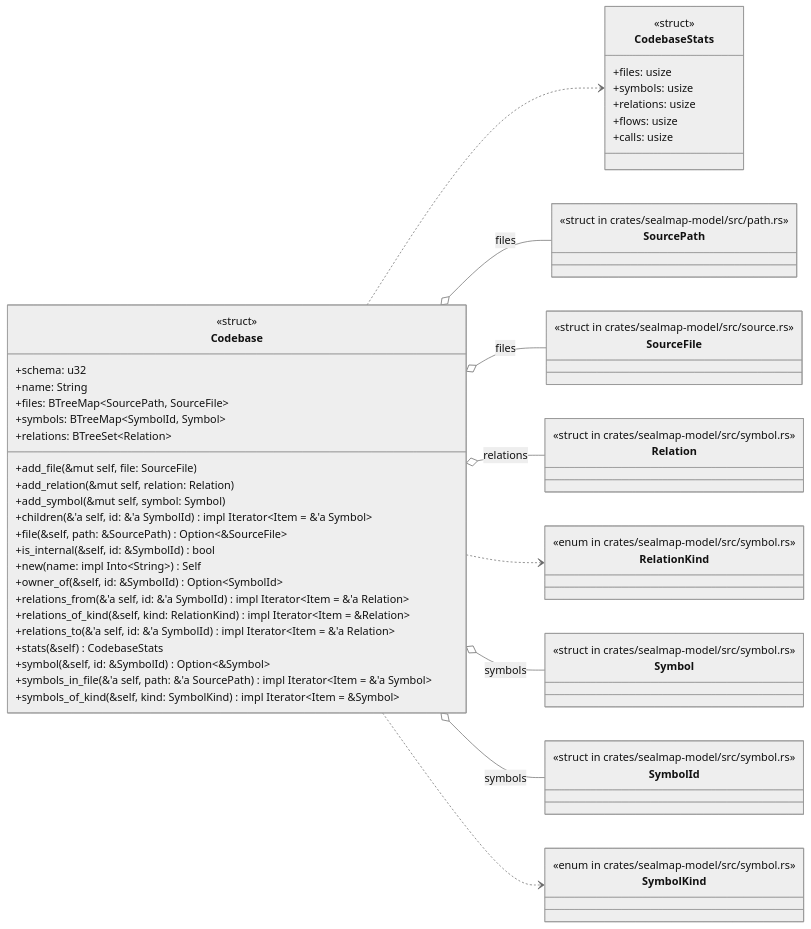
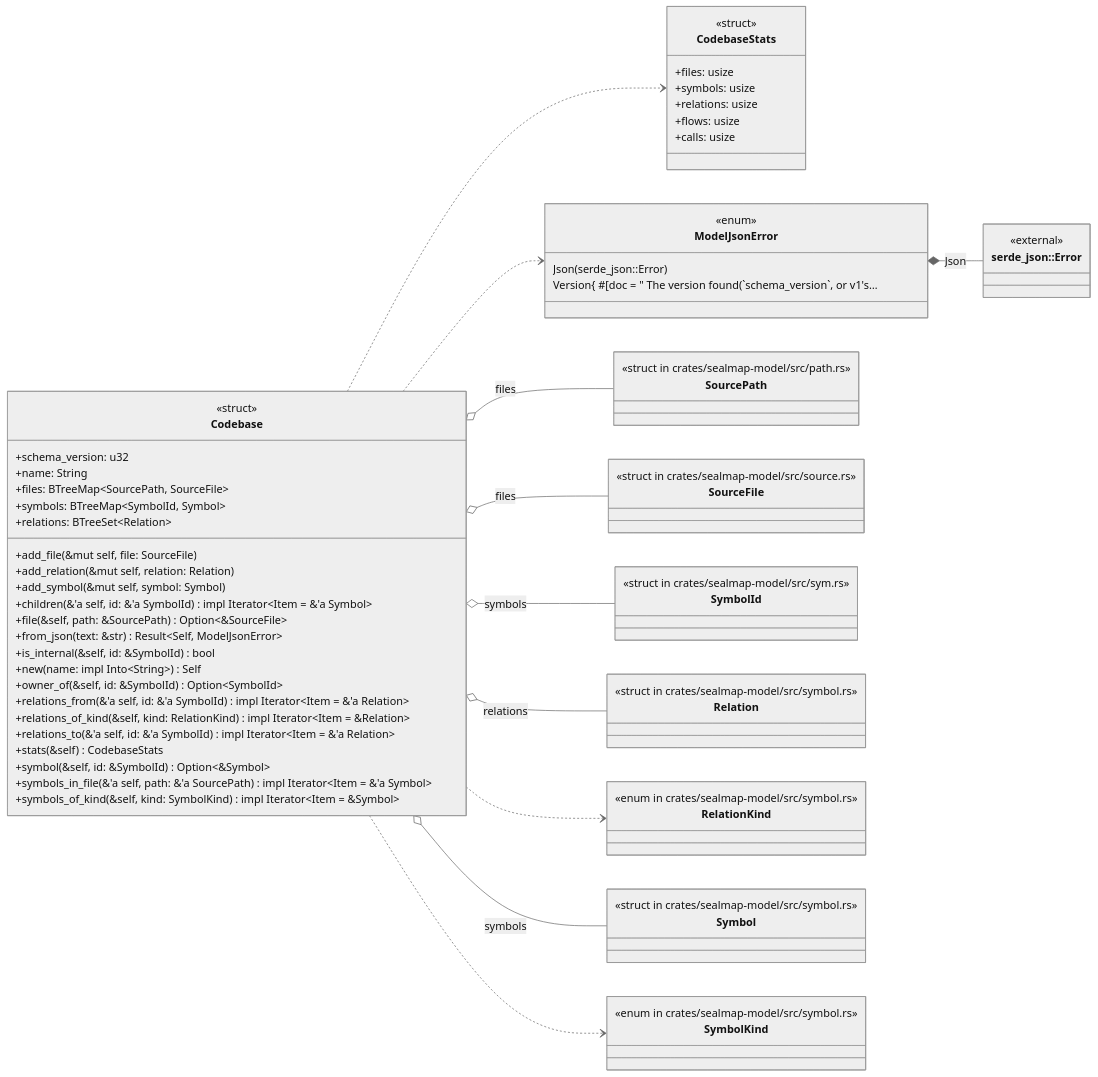
Before and after one commit to DreamLab-AI/codemaid: the first of 6 diagrams in docs/sealmap/crates/sealmap-model/src/codebase.rs.md, drawn with Mermaid (neutral theme). The commit also changed other lines of this file and 45 other files, not shown here.

First line of the commit message:
docs: regenerate the self-corpus for sym: ids and schema v2

````diff
--- a/docs/sealmap/crates/sealmap-model/src/codebase.rs.md
+++ b/docs/sealmap/crates/sealmap-model/src/codebase.rs.md
@@ -13,64 +13,75 @@
 ```mermaid
 classDiagram
   direction LR
-  class sealmap_model__codebase__Codebase["Codebase"] {
+  class sealmap_model__codebase___tCodebase["Codebase"] {
     <<struct>>
-    +schema: u32
+    +schema_version: u32
     +name: String
     +files: BTreeMap#lt;SourcePath, SourceFile#gt;
     +symbols: BTreeMap#lt;SymbolId, Symbol#gt;
     +relations: BTreeSet#lt;Relation#gt;
     +add_file(&mut self, file: SourceFile)
     +add_relation(&mut self, relation: Relation)
     +add_symbol(&mut self, symbol: Symbol)
     +children(&'a self, id: &'a SymbolId) impl Iterator#lt;Item = &'a Symbol#gt;
     +file(&self, path: &SourcePath) Option#lt;&SourceFile#gt;
+    +from_json(text: &str) Result#lt;Self, ModelJsonError#gt;
     +is_internal(&self, id: &SymbolId) bool
     +new(name: impl Into#lt;String#gt;) Self
     +owner_of(&self, id: &SymbolId) Option#lt;SymbolId#gt;
     +relations_from(&'a self, id: &'a SymbolId) impl Iterator#lt;Item = &'a Relation#gt;
     +relations_of_kind(&self, kind: RelationKind) impl Iterator#lt;Item = &Relation#gt;
     +relations_to(&'a self, id: &'a SymbolId) impl Iterator#lt;Item = &'a Relation#gt;
     +stats(&self) CodebaseStats
     +symbol(&self, id: &SymbolId) Option#lt;&Symbol#gt;
     +symbols_in_file(&'a self, path: &'a SourcePath) impl Iterator#lt;Item = &'a Symbol#gt;
     +symbols_of_kind(&self, kind: SymbolKind) impl Iterator#lt;Item = &Symbol#gt;
   }
-  class sealmap_model__codebase__CodebaseStats["CodebaseStats"] {
+  class sealmap_model__codebase___tCodebaseStats["CodebaseStats"] {
     <<struct>>
     +files: usize
     +symbols: usize
     +relations: usize
     +flows: usize
     +calls: usize
   }
-  class sealmap_model__path__SourcePath["SourcePath"] {
+  class sealmap_model__codebase___tModelJsonError["ModelJsonError"] {
+    <<enum>>
+    Json#40;serde_json::Error#41;
+    Version#123; #35;[doc = #quot; The version found#40;#96;schema_version#96;, or v1's…
+  }
+  class sealmap_model__path___tSourcePath["SourcePath"] {
     <<struct in crates/sealmap-model/src/path.rs>>
   }
-  class sealmap_model__source__SourceFile["SourceFile"] {
+  class sealmap_model__source___tSourceFile["SourceFile"] {
     <<struct in crates/sealmap-model/src/source.rs>>
   }
-  class sealmap_model__symbol__Relation["Relation"] {
+  class sealmap_model__sym___tSymbolId["SymbolId"] {
+    <<struct in crates/sealmap-model/src/sym.rs>>
+  }
+  class sealmap_model__symbol___tRelation["Relation"] {
     <<struct in crates/sealmap-model/src/symbol.rs>>
   }
-  class sealmap_model__symbol__RelationKind["RelationKind"] {
+  class sealmap_model__symbol___tRelationKind["RelationKind"] {
     <<enum in crates/sealmap-model/src/symbol.rs>>
   }
-  class sealmap_model__symbol__Symbol["Symbol"] {
+  class sealmap_model__symbol___tSymbol["Symbol"] {
     <<struct in crates/sealmap-model/src/symbol.rs>>
   }
-  class sealmap_model__symbol__SymbolId["SymbolId"] {
-    <<struct in crates/sealmap-model/src/symbol.rs>>
-  }
-  class sealmap_model__symbol__SymbolKind["SymbolKind"] {
+  class sealmap_model__symbol___tSymbolKind["SymbolKind"] {
     <<enum in crates/sealmap-model/src/symbol.rs>>
   }
-  sealmap_model__codebase__Codebase ..> sealmap_model__codebase__CodebaseStats
-  sealmap_model__codebase__Codebase o-- sealmap_model__path__SourcePath : files
-  sealmap_model__codebase__Codebase o-- sealmap_model__source__SourceFile : files
-  sealmap_model__codebase__Codebase o-- sealmap_model__symbol__Relation : relations
-  sealmap_model__codebase__Codebase ..> sealmap_model__symbol__RelationKind
-  sealmap_model__codebase__Codebase o-- sealmap_model__symbol__Symbol : symbols
-  sealmap_model__codebase__Codebase o-- sealmap_model__symbol__SymbolId : symbols
-  sealmap_model__codebase__Codebase ..> sealmap_model__symbol__SymbolKind
+  class _serde_json__Error["serde_json::Error"] {
+    <<external>>
+  }
+  sealmap_model__codebase___tCodebase ..> sealmap_model__codebase___tCodebaseStats
+  sealmap_model__codebase___tCodebase ..> sealmap_model__codebase___tModelJsonError
+  sealmap_model__codebase___tCodebase o-- sealmap_model__path___tSourcePath : files
+  sealmap_model__codebase___tCodebase o-- sealmap_model__source___tSourceFile : files
+  sealmap_model__codebase___tCodebase o-- sealmap_model__sym___tSymbolId : symbols
+  sealmap_model__codebase___tCodebase o-- sealmap_model__symbol___tRelation : relations
+  sealmap_model__codebase___tCodebase ..> sealmap_model__symbol___tRelationKind
+  sealmap_model__codebase___tCodebase o-- sealmap_model__symbol___tSymbol : symbols
+  sealmap_model__codebase___tCodebase ..> sealmap_model__symbol___tSymbolKind
+  sealmap_model__codebase___tModelJsonError *-- _serde_json__Error : Json
 ```
````
